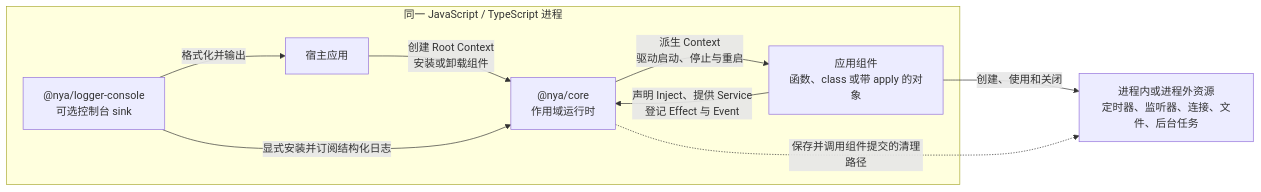
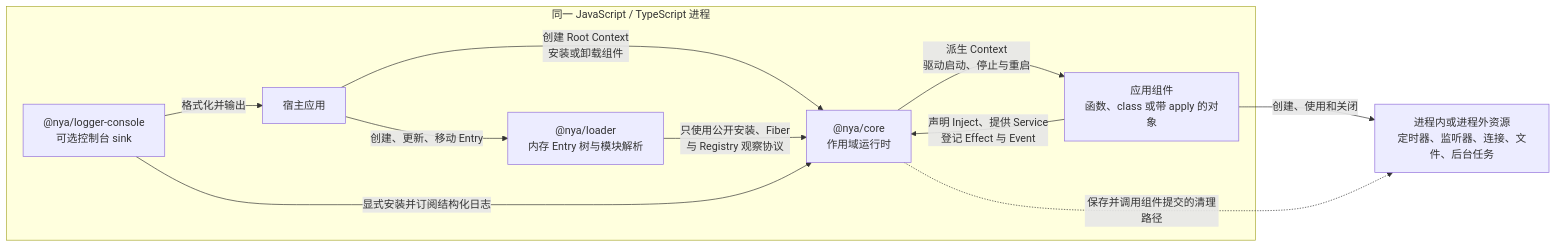
One commit to fanfan-de/NyaCore changed the first of 9 diagrams in docs/architecture.md. Above: the diagram before and after it, drawn with Mermaid. The commit also changed other lines of this file and 38 other files, not shown here.

Commit message:
Expand core and loader behavior with comprehensive tests

````diff
--- a/docs/architecture.md
+++ b/docs/architecture.md
@@ -34,20 +34,23 @@
 ```mermaid
 flowchart LR
     subgraph Process["同一 JavaScript / TypeScript 进程"]
         Host["宿主应用"]
         Core["@nya/core<br/>作用域运行时"]
+        Loader["@nya/loader<br/>内存 Entry 树与模块解析"]
         ConsoleLogger["@nya/logger-console<br/>可选控制台 sink"]
         Components["应用组件<br/>函数、class 或带 apply 的对象"]
 
         Host -->|"创建 Root Context<br/>安装或卸载组件"| Core
+        Host -->|"创建、更新、移动 Entry"| Loader
+        Loader -->|"只使用公开安装、Fiber<br/>与 Registry 观察协议"| Core
         Core -->|"派生 Context<br/>驱动启动、停止与重启"| Components
         Components -->|"声明 Inject、提供 Service<br/>登记 Effect 与 Event"| Core
         ConsoleLogger -->|"显式安装并订阅结构化日志"| Core
         ConsoleLogger -->|"格式化并输出"| Host
     end
 
     Resources["进程内或进程外资源<br/>定时器、监听器、连接、文件、后台任务"]
 
     Components -->|"创建、使用和关闭"| Resources
     Core -.->|"保存并调用组件提交的清理路径"| Resources
 ```
````
